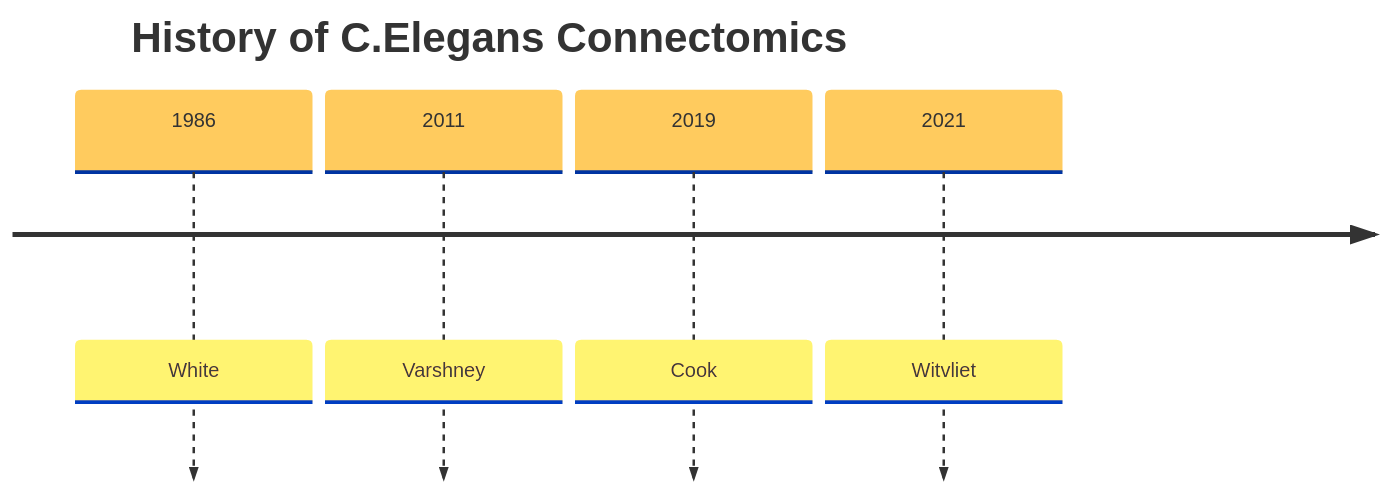
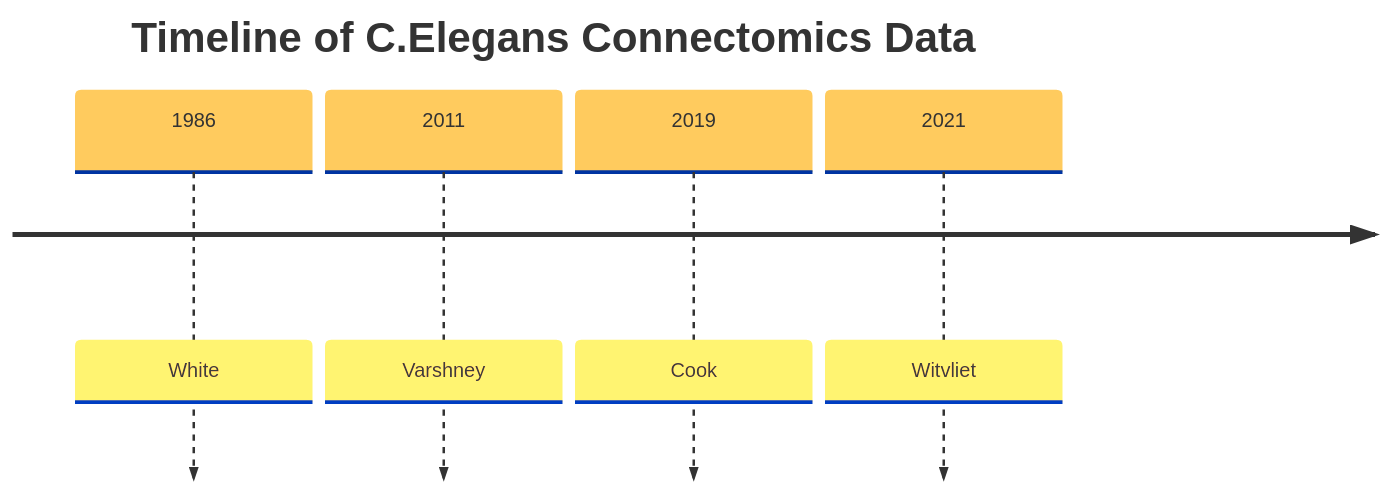
Before and after one commit to yasinthanvickneswaran/mermaidtest: the diagram in README.md, drawn with Mermaid.

````diff
--- a/README.md
+++ b/README.md
@@ -1,9 +1,9 @@
 ```mermaid
 %%{init: { 'logLevel': 'debug', 'theme': 'base', 'timeline': {'disableMulticolor': true}}}%%
   timeline
-    title History of C.Elegans Connectomics
+    title Timeline of C.Elegans Connectomics Data
     1986 : White
     2011 : Varshney
     2019 : Cook
     2021 : Witvliet
 ```
````
